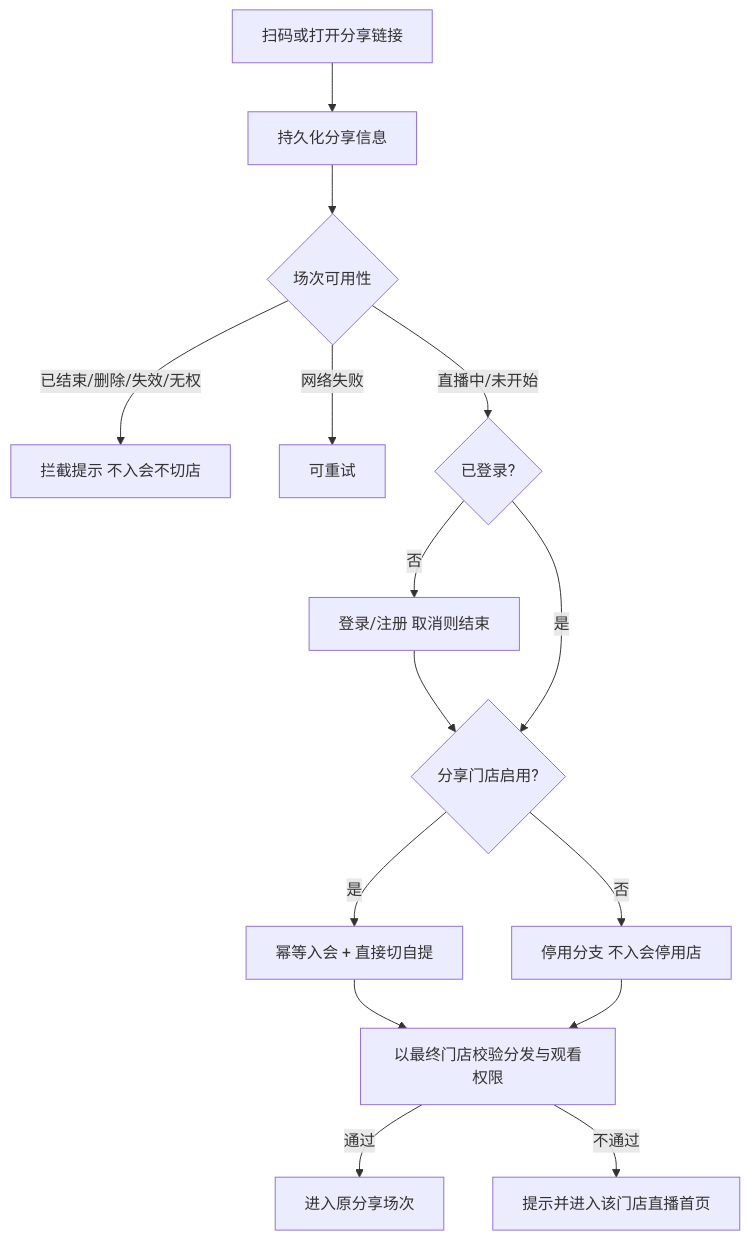
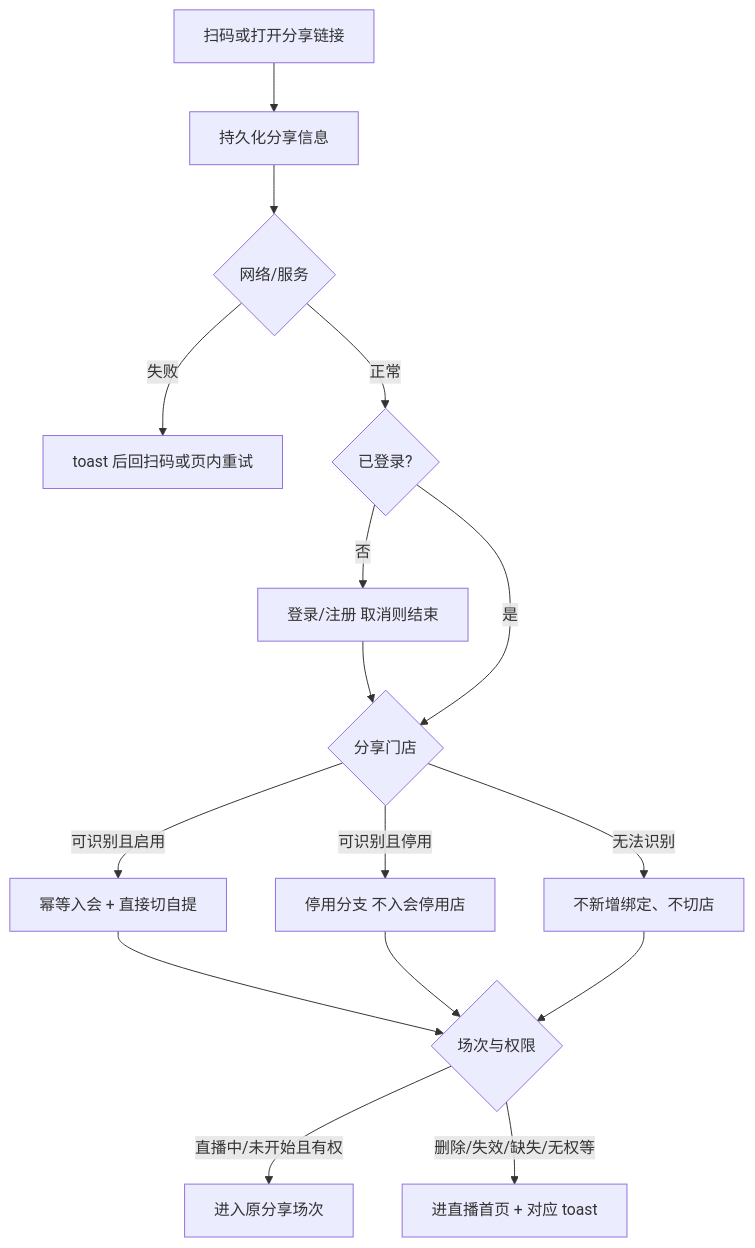
Before and after one commit to 342-droid/LFerp: the diagram in prototype-prd/门店直播分享二维码.md, drawn with Mermaid. The commit also changed other lines of this file and 23 other files, not shown here.

````diff
--- a/prototype-prd/门店直播分享二维码.md
+++ b/prototype-prd/门店直播分享二维码.md
@@ -112,17 +154,18 @@
 ```mermaid
 flowchart TD
   A[扫码或打开分享链接] --> B[持久化分享信息]
-  B --> C{场次可用性}
-  C -->|已结束/删除/失效/无权| X[拦截提示 不入会不切店]
-  C -->|网络失败| Y[可重试]
-  C -->|直播中/未开始| D{已登录?}
+  B --> N{网络/服务}
+  N -->|失败| Y[toast 后回扫码或页内重试]
+  N -->|正常| D{已登录?}
   D -->|否| E[登录/注册 取消则结束]
   E --> F
-  D -->|是| F{分享门店启用?}
-  F -->|是| G[幂等入会 + 直接切自提]
-  F -->|否| H[停用分支 不入会停用店]
-  G --> I[以最终门店校验分发与观看权限]
+  D -->|是| F{分享门店}
+  F -->|可识别且启用| G[幂等入会 + 直接切自提]
+  F -->|可识别且停用| H[停用分支 不入会停用店]
+  F -->|无法识别| S[不新增绑定、不切店]
+  G --> I{场次与权限}
   H --> I
-  I -->|通过| J[进入原分享场次]
-  I -->|不通过| K[提示并进入该门店直播首页]
+  S --> I
+  I -->|直播中/未开始且有权| J[进入原分享场次]
+  I -->|删除/失效/缺失/无权等| K[进直播首页 + 对应 toast]
 ```
````
